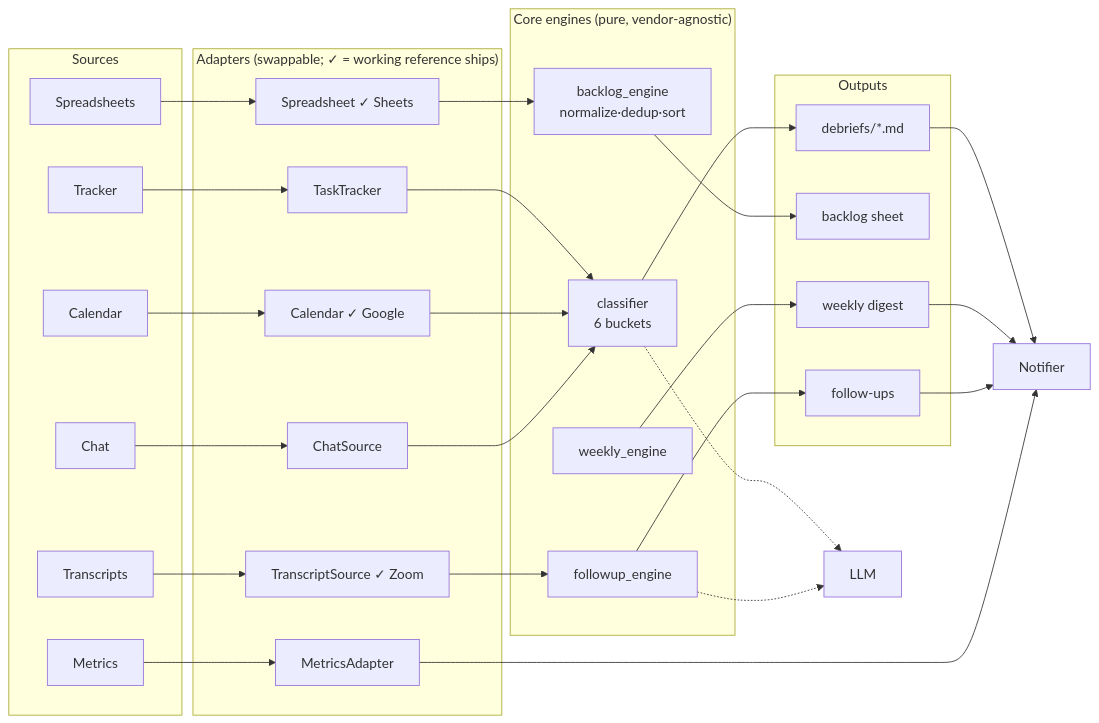
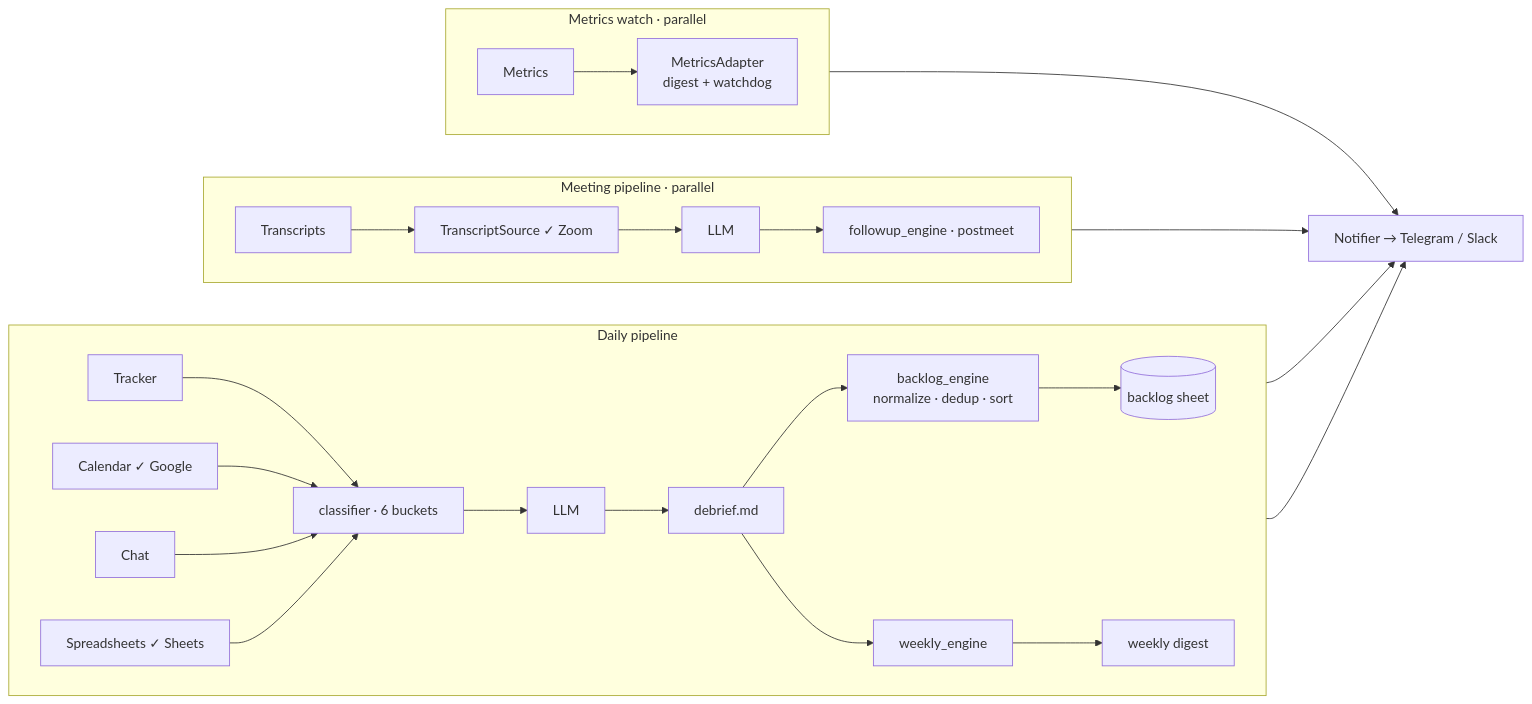
One commit to smbochkarev1/claude-pm-os changed the diagram in README.md. Above: the diagram before and after it, drawn with Mermaid. The commit also changed other lines of this file, not shown here.

Commit message:
Rework architecture diagram: three converging pipelines (daily / meeting / metrics)

````diff
--- a/README.md
+++ b/README.md
@@ -47,47 +49,30 @@
 ```mermaid
 flowchart LR
-    subgraph Sources
-        TR[Tracker]
-        CA[Calendar]
-        SH[Spreadsheets]
-        CH[Chat]
-        TS[Transcripts]
-        ME[Metrics]
+    subgraph DAILY["Daily pipeline"]
+        direction LR
+        TR[Tracker] --> CL
+        CA["Calendar ✓ Google"] --> CL
+        CH[Chat] --> CL
+        SH["Spreadsheets ✓ Sheets"] --> CL
+        CL["classifier · 6 buckets"] --> LD[LLM]
+        LD --> D["debrief.md"]
+        D --> BE["backlog_engine<br/>normalize · dedup · sort"] --> BS[("backlog sheet")]
+        D --> WE[weekly_engine] --> WD["weekly digest"]
     end
-    subgraph Adapters["Adapters (swappable; ✓ = working reference ships)"]
-        A1[TaskTracker]
-        A2["Calendar ✓ Google"]
-        A3["Spreadsheet ✓ Sheets"]
-        A4[ChatSource]
-        A5["TranscriptSource ✓ Zoom"]
-        A6[MetricsAdapter]
+
+    subgraph MEET["Meeting pipeline · parallel"]
+        direction LR
+        TS[Transcripts] --> ZM["TranscriptSource ✓ Zoom"] --> LM[LLM] --> PM["followup_engine · postmeet"]
     end
-    subgraph Core["Core engines (pure, vendor-agnostic)"]
-        C1[classifier<br/>6 buckets]
-        C2[backlog_engine<br/>normalize·dedup·sort]
-        C3[weekly_engine]
-        C4[followup_engine]
+
+    subgraph WATCH["Metrics watch · parallel"]
+        direction LR
+        ME[Metrics] --> MA["MetricsAdapter<br/>digest + watchdog"]
     end
-    subgraph Outputs
-        O1[debriefs/*.md]
-        O2[backlog sheet]
-        O3[weekly digest]
-        O4[follow-ups]
-    end
-    N[Notifier]
-    L[LLM]
 
-    TR-->A1-->C1
-    CA-->A2-->C1
-    SH-->A3-->C2
-    CH-->A4-->C1
-    TS-->A5-->C4
-    ME-->A6
-    C1-->O1-->N
-    C2-->O2
-    C3-->O3-->N
-    C4-->O4-->N
-    A6-->N
-    C1-.->L
-    C4-.->L
+    N["Notifier → Telegram / Slack"]
+    D --> N
+    WD --> N
+    PM --> N
+    MA --> N
 ```
````
